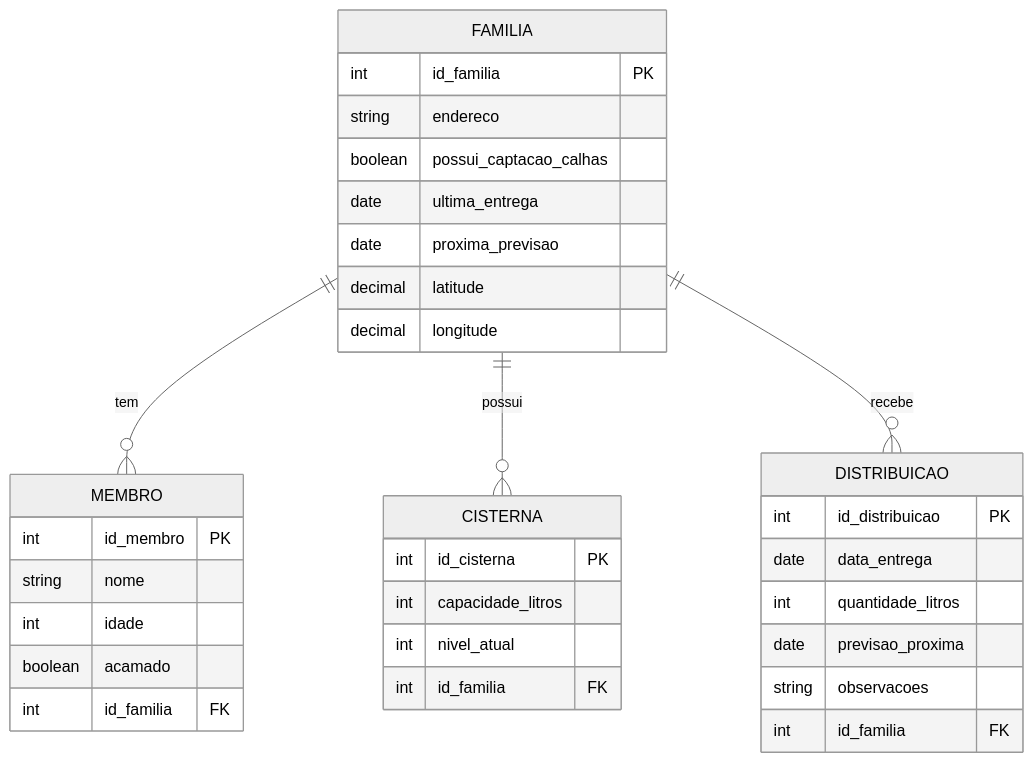
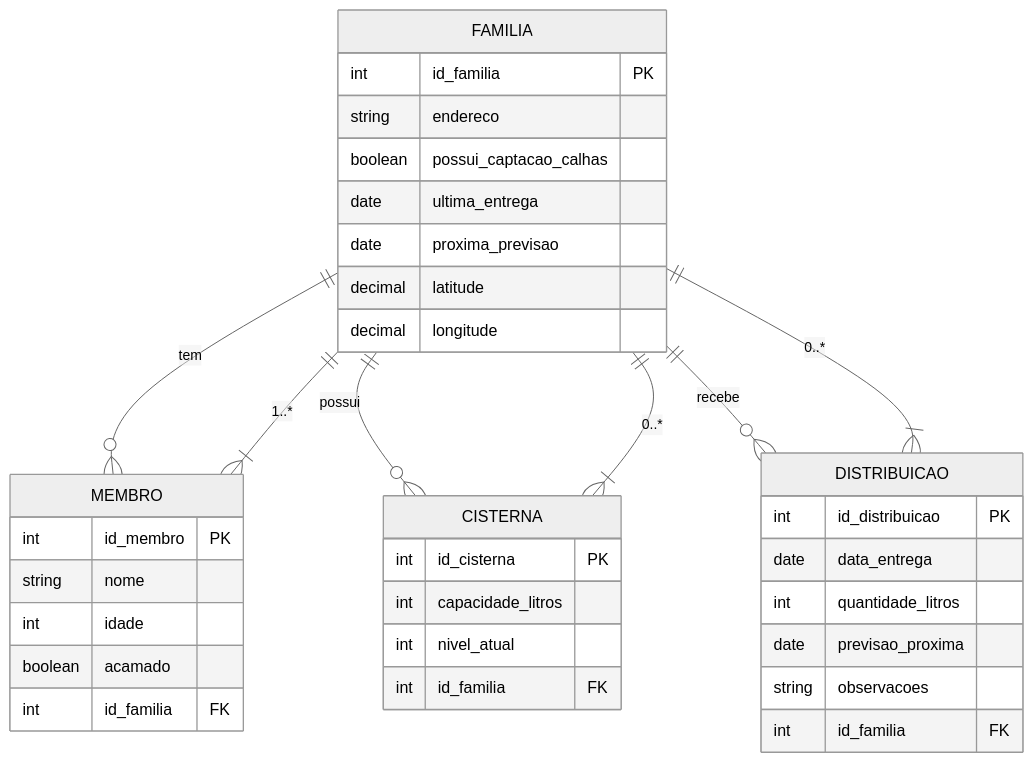
The diagram in README.md (ricardoo-azevedo/Projeto-Back-End-Mais-Agua-Para-Nosso-Povo), drawn with Mermaid (neutral theme) before and after one commit.

Commit message:
feat: adicionando cardinalidades a modelagem

````diff
--- a/README.md
+++ b/README.md
@@ -34,40 +34,45 @@
 ```mermaid
 erDiagram
     FAMILIA {
         int id_familia PK
         string endereco
         boolean possui_captacao_calhas
         date ultima_entrega
         date proxima_previsao
         decimal latitude
         decimal longitude
     }
 
     MEMBRO {
         int id_membro PK
         string nome
         int idade
         boolean acamado
         int id_familia FK
     }
 
     CISTERNA {
         int id_cisterna PK
         int capacidade_litros
         int nivel_atual
         int id_familia FK
     }
 
     DISTRIBUICAO {
         int id_distribuicao PK
         date data_entrega
         int quantidade_litros
         date previsao_proxima
         string observacoes
         int id_familia FK
     }
 
     FAMILIA ||--o{ MEMBRO : "tem"
     FAMILIA ||--o{ CISTERNA : "possui"
     FAMILIA ||--o{ DISTRIBUICAO : "recebe"
+
+    %% Cardinalidades explicitas
+    FAMILIA ||--|{ MEMBRO : "1..*"
+    FAMILIA ||--|{ CISTERNA : "0..*"
+    FAMILIA ||--|{ DISTRIBUICAO : "0..*"
 ```
````
